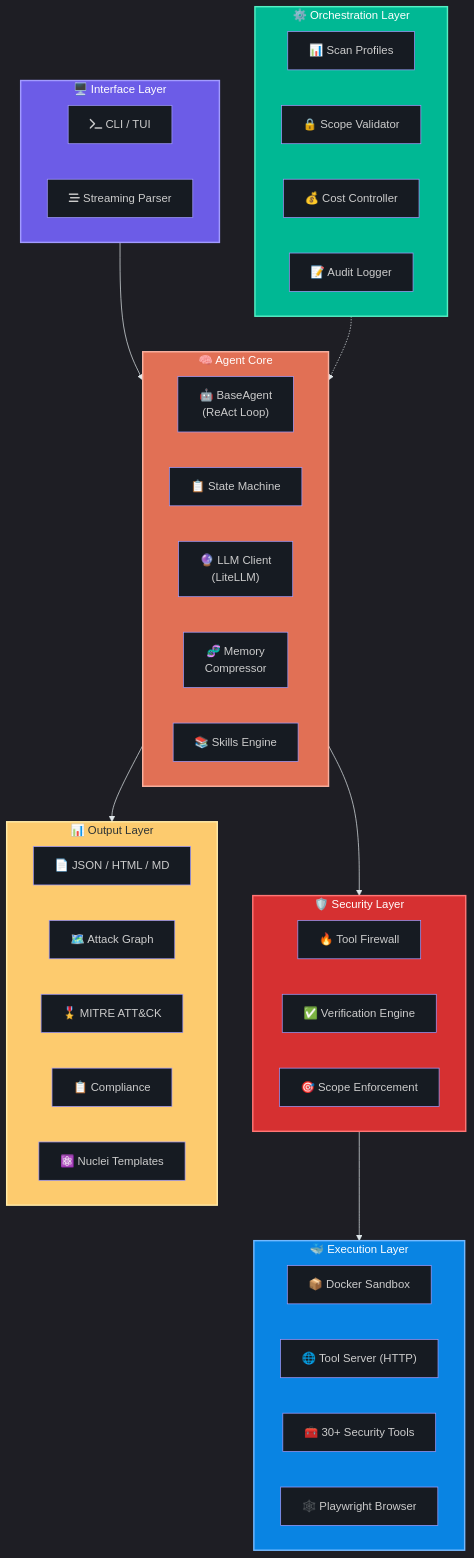
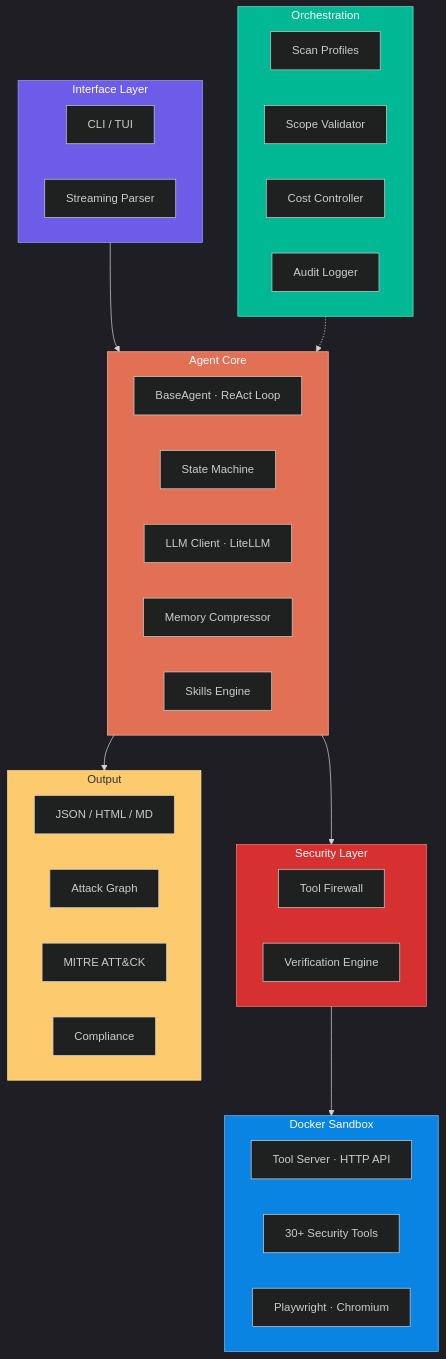
One commit to Usta0x001/Phantom changed the first of 4 diagrams in README.md. Above: the diagram before and after it, drawn with Mermaid. The commit also changed other lines of this file, not shown here.

````diff
--- a/README.md
+++ b/README.md
@@ -124,63 +73,54 @@
 ```mermaid
-%%{init: {'theme': 'dark', 'themeVariables': {'primaryColor': '#6c5ce7', 'primaryTextColor': '#fff', 'primaryBorderColor': '#a29bfe', 'lineColor': '#dfe6e9', 'secondaryColor': '#00b894', 'tertiaryColor': '#2d3436', 'background': '#0d1117', 'mainBkg': '#161b22', 'nodeBorder': '#a29bfe'}}}%%
+%%{init: {'theme': 'dark'}}%%
 flowchart TB
-    subgraph Interface["🖥️ Interface Layer"]
-        direction LR
-        CLI["fa:fa-terminal CLI / TUI"]
-        Stream["fa:fa-stream Streaming Parser"]
+    subgraph Interface["Interface Layer"]
+        CLI["CLI / TUI"]
+        Stream["Streaming Parser"]
     end
 
-    subgraph Orchestration["⚙️ Orchestration Layer"]
-        direction LR
-        Profile["📊 Scan Profiles"]
-        Scope["🔒 Scope Validator"]
-        Cost["💰 Cost Controller"]
-        Audit["📝 Audit Logger"]
+    subgraph Orchestration["Orchestration"]
+        Profile["Scan Profiles"]
+        Scope["Scope Validator"]
+        Cost["Cost Controller"]
+        Audit["Audit Logger"]
     end
 
-    subgraph AgentCore["🧠 Agent Core"]
-        direction LR
-        Agent["🤖 BaseAgent\n(ReAct Loop)"]
-        State["📋 State Machine"]
-        LLM["🔮 LLM Client\n(LiteLLM)"]
-        Memory["🧬 Memory\nCompressor"]
-        Skills["📚 Skills Engine"]
+    subgraph Agent["Agent Core"]
+        ReAct["BaseAgent · ReAct Loop"]
+        State["State Machine"]
+        LLM["LLM Client · LiteLLM"]
+        Memory["Memory Compressor"]
+        Skills["Skills Engine"]
     end
 
-    subgraph Security["🛡️ Security Layer"]
-        direction LR
-        Firewall["🔥 Tool Firewall"]
-        Verifier["✅ Verification Engine"]
-        ScopeV["🎯 Scope Enforcement"]
+    subgraph Security["Security Layer"]
+        Firewall["Tool Firewall"]
+        Verifier["Verification Engine"]
     end
 
-    subgraph Execution["🐳 Execution Layer"]
-        direction LR
-        Docker["📦 Docker Sandbox"]
-        ToolServer["🌐 Tool Server (HTTP)"]
-        Tools["🧰 30+ Security Tools"]
-        Browser["🕸️ Playwright Browser"]
+    subgraph Execution["Docker Sandbox"]
+        ToolServer["Tool Server · HTTP API"]
+        Tools["30+ Security Tools"]
+        Browser["Playwright · Chromium"]
     end
 
-    subgraph Output["📊 Output Layer"]
-        direction LR
-        Reports["📄 JSON / HTML / MD"]
-        Graph["🗺️ Attack Graph"]
-        MITRE["🎖️ MITRE ATT&CK"]
-        Compliance["📋 Compliance"]
-        Nuclei["⚛️ Nuclei Templates"]
+    subgraph Output["Output"]
+        Reports["JSON / HTML / MD"]
+        Graph["Attack Graph"]
+        MITRE["MITRE ATT&CK"]
+        Compliance["Compliance"]
     end
 
-    Interface --> AgentCore
-    AgentCore --> Security
+    Interface --> Agent
+    Orchestration -.-> Agent
+    Agent --> Security
     Security --> Execution
-    AgentCore --> Output
-    Orchestration -.-> AgentCore
+    Agent --> Output
 
-    style Interface fill:#6c5ce7,stroke:#a29bfe,color:#fff,stroke-width:2px
-    style Orchestration fill:#00b894,stroke:#55efc4,color:#fff,stroke-width:2px
-    style AgentCore fill:#e17055,stroke:#fab1a0,color:#fff,stroke-width:2px
-    style Security fill:#d63031,stroke:#ff7675,color:#fff,stroke-width:2px
-    style Execution fill:#0984e3,stroke:#74b9ff,color:#fff,stroke-width:2px
-    style Output fill:#fdcb6e,stroke:#ffeaa7,color:#2d3436,stroke-width:2px
+    style Interface fill:#6c5ce7,stroke:#a29bfe,color:#fff
+    style Orchestration fill:#00b894,stroke:#55efc4,color:#fff
+    style Agent fill:#e17055,stroke:#fab1a0,color:#fff
+    style Security fill:#d63031,stroke:#ff7675,color:#fff
+    style Execution fill:#0984e3,stroke:#74b9ff,color:#fff
+    style Output fill:#fdcb6e,stroke:#ffeaa7,color:#2d3436
 ```
````
